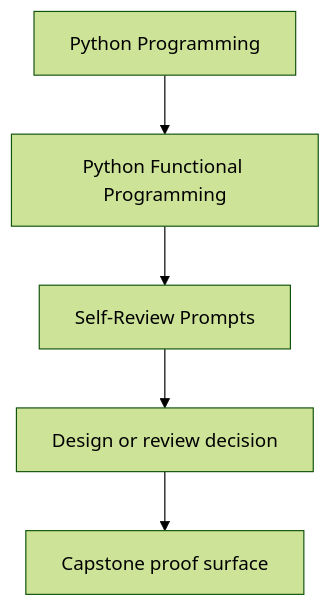
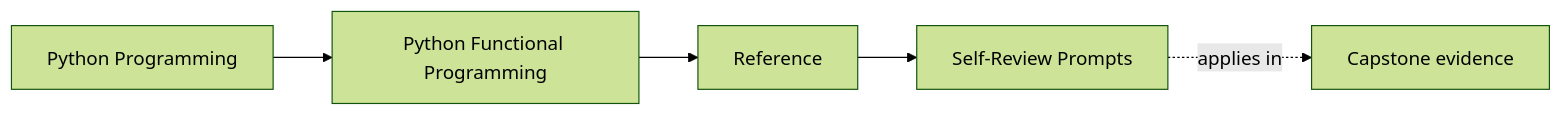
Before and after one commit to bijux/bijux-masterclass: the first of 2 diagrams in programs/python-programming/python-functional-programming/course-book/reference/self-review-prompts.md, drawn with Mermaid (forest theme). The commit also changed other lines of this file and 108 other files, not shown here.

Commit message:
docs(python-functional-programming): map capstone and advanced design surfaces

````diff
--- a/programs/python-programming/python-functional-programming/course-book/reference/self-review-prompts.md
+++ b/programs/python-programming/python-functional-programming/course-book/reference/self-review-prompts.md
@@ -7,7 +7,11 @@
 ```mermaid
-flowchart TD
-  family["Python Programming"] --> program["Python Functional Programming"]
-  program --> reference["Self-Review Prompts"]
-  reference --> review["Design or review decision"]
-  review --> capstone["Capstone proof surface"]
+graph LR
+  family["Python Programming"]
+  program["Python Functional Programming"]
+  section["Reference"]
+  page["Self-Review Prompts"]
+  capstone["Capstone evidence"]
+
+  family --> program --> section --> page
+  page -.applies in.-> capstone
 ```
````
